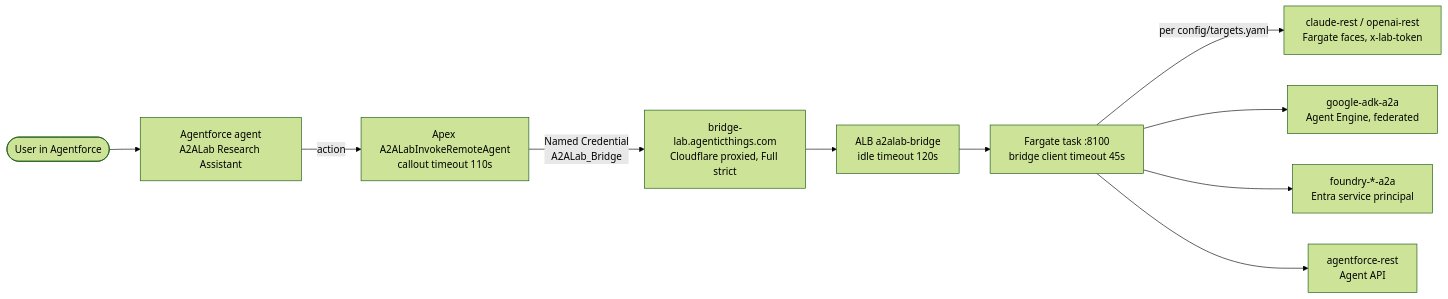
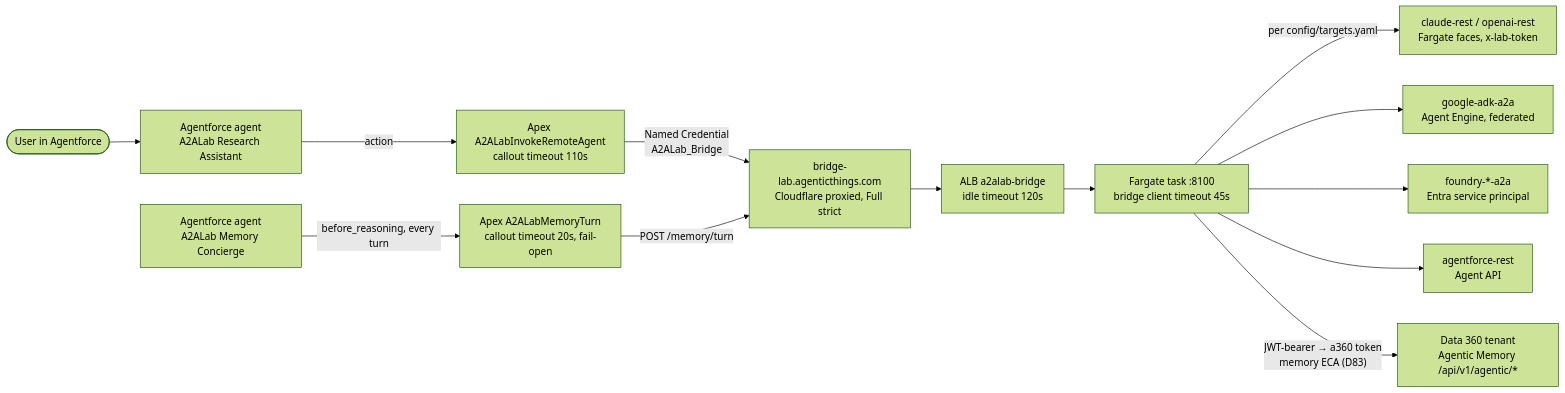
The fourth of 11 diagrams in plan/09-deployment-map.md (congmingwudi/a2a-lab), drawn with Mermaid (forest theme) before and after one commit. The commit also changed other lines of this file and 29 other files, not shown here.

First line of the commit message:
WS27: Agentic Memory concierge, first recall, and a dedicated memory integration user (D83-D86)

````diff
--- a/plan/09-deployment-map.md
+++ b/plan/09-deployment-map.md
@@ -294,12 +294,15 @@
 ```mermaid
 flowchart LR
   USER(["User in Agentforce"]) --> AFA["Agentforce agent<br/>A2ALab Research Assistant"]
   AFA -->|"action"| APEX["Apex A2ALabInvokeRemoteAgent<br/>callout timeout 110s"]
   APEX -->|"Named Credential<br/>A2ALab_Bridge"| DNS["bridge-lab.agenticthings.com<br/>Cloudflare proxied, Full strict"]
   DNS --> ALBX["ALB a2alab-bridge<br/>idle timeout 120s"]
   ALBX --> BRX["Fargate task :8100<br/>bridge client timeout 45s"]
   BRX -->|"per config/targets.yaml"| T1["claude-rest / openai-rest<br/>Fargate faces, x-lab-token"]
   BRX --> T2["google-adk-a2a<br/>Agent Engine, federated"]
   BRX --> T3["foundry-*-a2a<br/>Entra service principal"]
   BRX --> T4["agentforce-rest<br/>Agent API"]
+  CON["Agentforce agent<br/>A2ALab Memory Concierge"] -->|"before_reasoning, every turn"| MAPEX["Apex A2ALabMemoryTurn<br/>callout timeout 20s, fail-open"]
+  MAPEX -->|"POST /memory/turn"| DNS
+  BRX -->|"JWT-bearer → a360 token<br/>memory ECA (D83)"| MEM["Data 360 tenant<br/>Agentic Memory /api/v1/agentic/*"]
 ```
````
